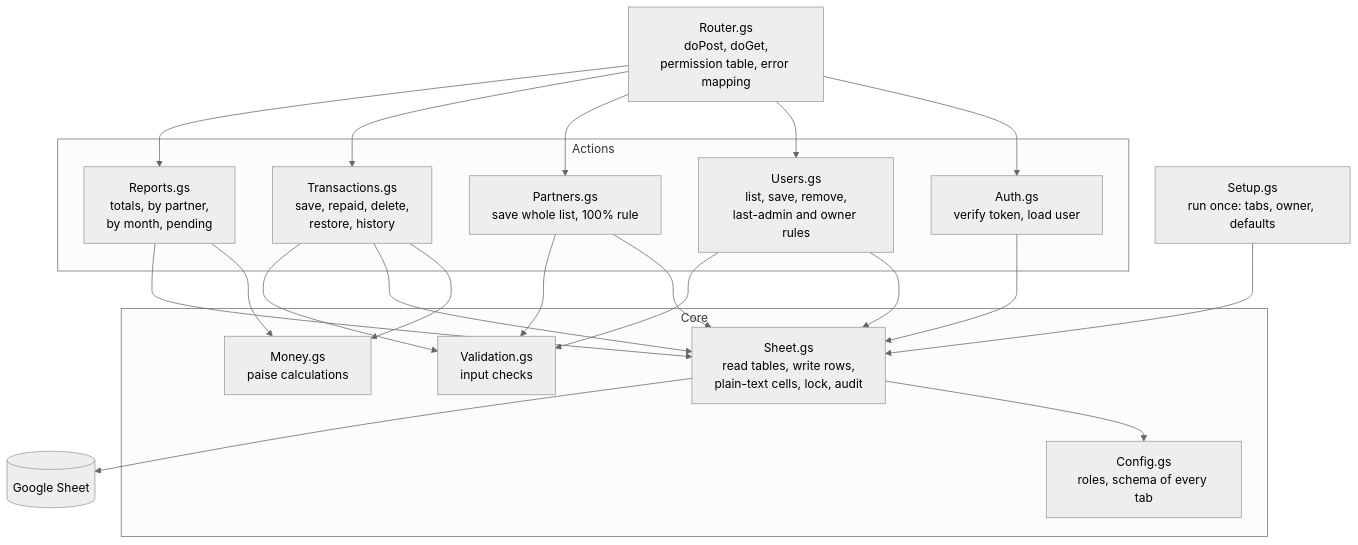
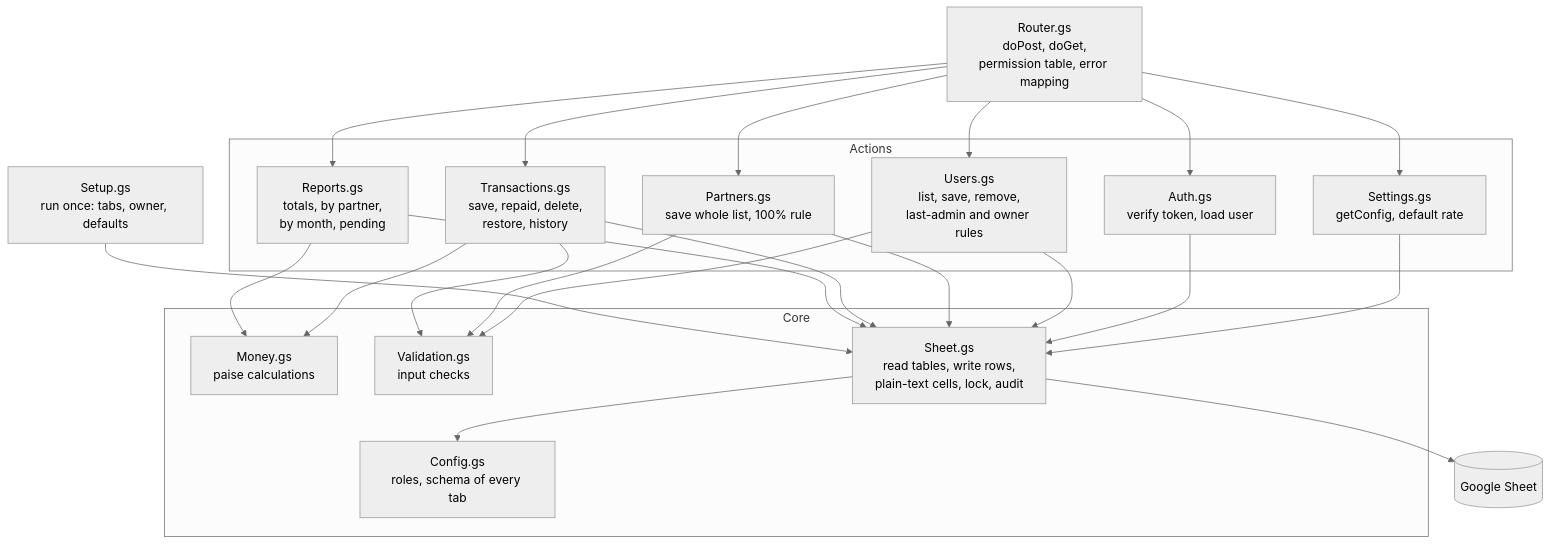
Before and after one commit to pankajsoni22/soni-siblings-app: the tenth of 12 diagrams in documents/architecture.md, drawn with Mermaid (neutral theme). The commit also changed 15 other files, not shown here.

````diff
--- a/documents/architecture.md
+++ b/documents/architecture.md
@@ -313,37 +313,39 @@
 ```mermaid
 flowchart TB
     entry["Router.gs<br/>doPost, doGet,<br/>permission table, error mapping"]
 
     subgraph services["Actions"]
         authm["Auth.gs<br/>verify token, load user"]
         usersm["Users.gs<br/>list, save, remove,<br/>last-admin and owner rules"]
         partnersm["Partners.gs<br/>save whole list, 100% rule"]
         txnm["Transactions.gs<br/>save, repaid, delete,<br/>restore, history"]
         reportm["Reports.gs<br/>totals, by partner,<br/>by month, pending"]
+        settingsm["Settings.gs<br/>getConfig, default rate"]
     end
 
     subgraph core["Core"]
         moneym["Money.gs<br/>paise calculations"]
         validm["Validation.gs<br/>input checks"]
         sheetm["Sheet.gs<br/>read tables, write rows,<br/>plain-text cells, lock, audit"]
         configm["Config.gs<br/>roles, schema of every tab"]
     end
 
     setupm["Setup.gs<br/>run once: tabs, owner, defaults"]
 
     sheet[("Google Sheet")]
 
     entry --> authm
-    entry --> usersm & partnersm & txnm & reportm
+    entry --> usersm & partnersm & txnm & reportm & settingsm
+    settingsm --> sheetm
     authm --> sheetm
     usersm --> sheetm
     partnersm --> sheetm
     txnm --> moneym
     txnm --> sheetm
     reportm --> moneym
     reportm --> sheetm
     usersm & partnersm & txnm --> validm
     sheetm --> configm
     setupm --> sheetm
     sheetm --> sheet
 ```
````
